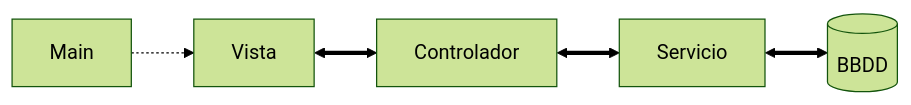
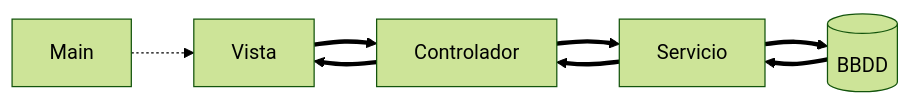
One commit to lotusotho/TrabajoMVC changed the first of 2 diagrams in README.md. Above: the diagram before and after it, drawn with Mermaid (forest theme).

````diff
--- a/README.md
+++ b/README.md
@@ -10,10 +10,11 @@
 ```mermaid
 flowchart LR
     m[Main]
     c[Controlador]
     s[Servicio]
     v[Vista]
     db[(BBDD)]
 
-m -.-> v <==> c <==> s <==> db
+m -.-> v ==> c ==> s ==> db
+db ==> s ==> c ==> v
 ```
````
